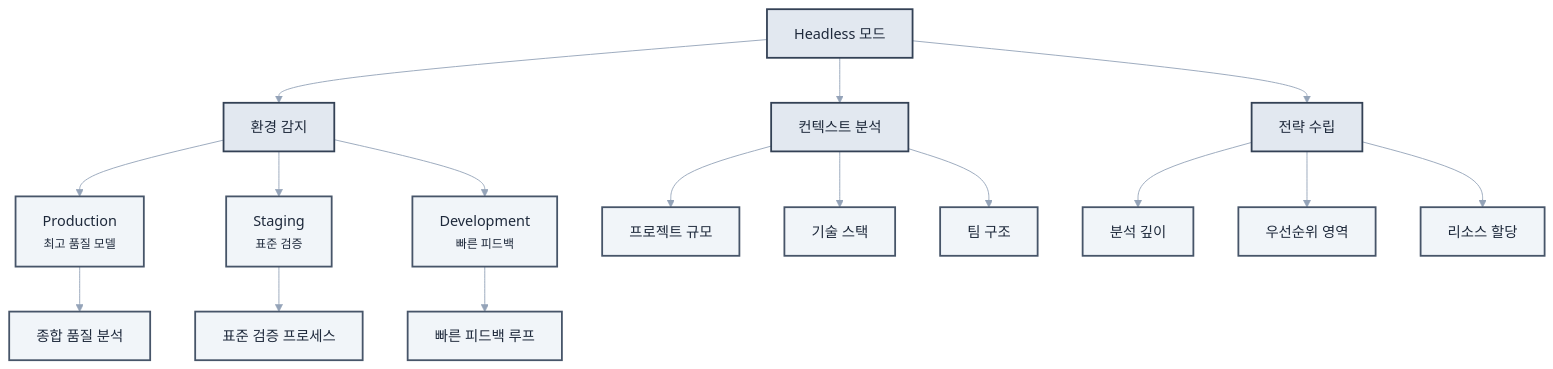
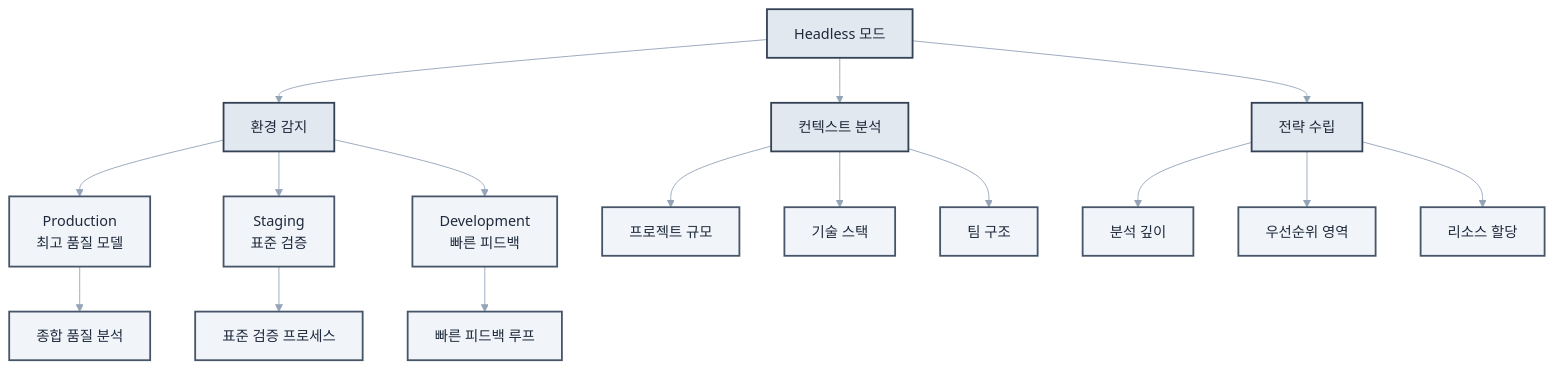
One commit to revfactory/claude-code-mastering changed the second of 4 diagrams in book/09-chapter9.md. Above: the diagram before and after it, drawn with Mermaid. The commit also changed other lines of this file and 10 other files, not shown here.

First line of the commit message:
fix: 챕터 2-13 Mermaid 다이어그램 텍스트 렌더링 최적화

````diff
--- a/book/09-chapter9.md
+++ b/book/09-chapter9.md
@@ -49,29 +49,29 @@
 ```mermaid
 %%{init: {"theme": "base", "themeVariables": {"primaryColor": "#f8fafc", "primaryTextColor": "#1e293b", "primaryBorderColor": "#e2e8f0", "lineColor": "#94a3b8", "secondaryColor": "#f1f5f9", "tertiaryColor": "#e2e8f0"}}}%%
 graph TD
     A[Headless 모드] --> B[환경 감지]
     A --> C[컨텍스트 분석]
     A --> D[전략 수립]
     
-    B --> E[Production<br/><small>최고 품질 모델</small>]
-    B --> F[Staging<br/><small>표준 검증</small>]
-    B --> G[Development<br/><small>빠른 피드백</small>]
+    B --> E[Production<br/>최고 품질 모델]
+    B --> F[Staging<br/>표준 검증]
+    B --> G[Development<br/>빠른 피드백]
     
     C --> H[프로젝트 규모]
     C --> I[기술 스택]
     C --> J[팀 구조]
     
     D --> K[분석 깊이]
     D --> L[우선순위 영역]
     D --> M[리소스 할당]
     
     E --> N[종합 품질 분석]
     F --> O[표준 검증 프로세스]
     G --> P[빠른 피드백 루프]
     
     classDef envStyle fill:#e2e8f0,stroke:#334155,stroke-width:2px,color:#1e293b
     classDef analysisStyle fill:#f1f5f9,stroke:#475569,stroke-width:2px,color:#1e293b
     
     class A,B,C,D envStyle
     class E,F,G,H,I,J,K,L,M,N,O,P analysisStyle
 ```
````
